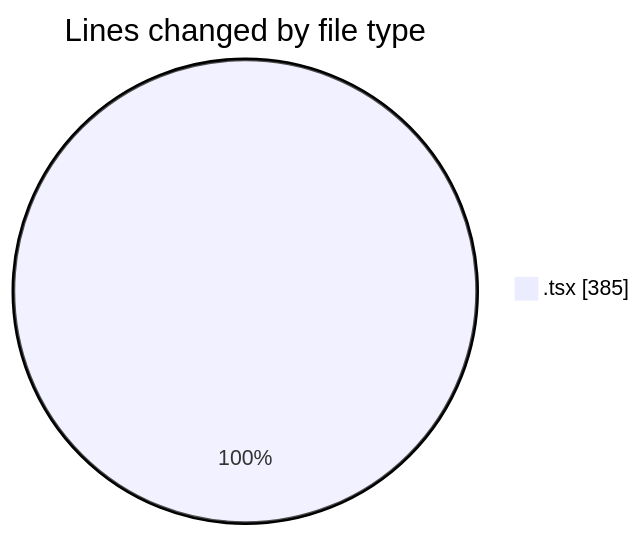
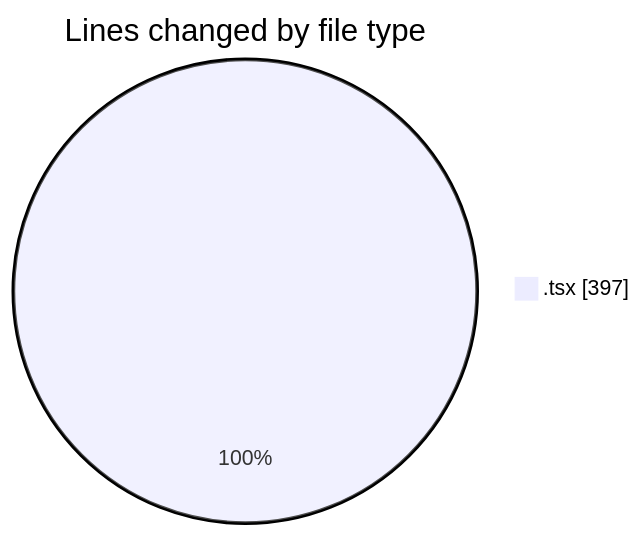
One commit to momahboobian/code-tracking changed the first of 2 diagrams in 2026-01-09/cda/README.md. Above: the diagram before and after it, drawn with Mermaid. The commit also changed other lines of this file and 1 other file, not shown here.

````diff
--- a/2026-01-09/cda/README.md
+++ b/2026-01-09/cda/README.md
@@ -20,5 +20,5 @@
 ```mermaid
 pie showData
 title Lines changed by file type
-".tsx" : 385
+".tsx" : 397
 ```
````
